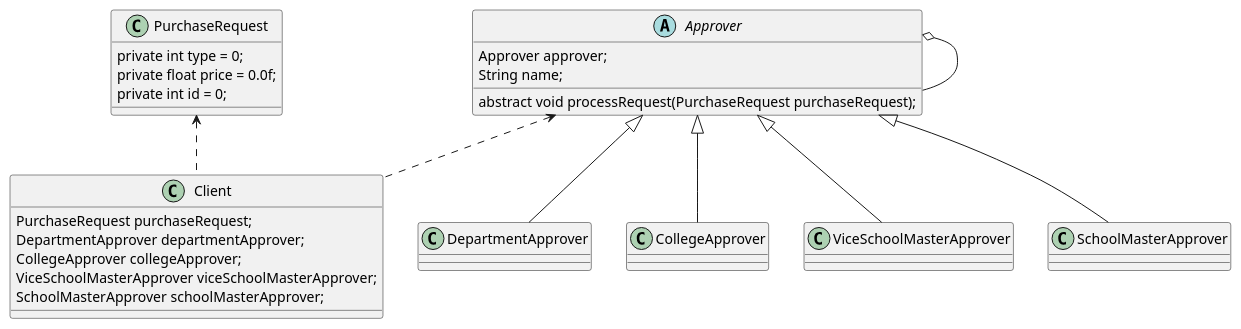
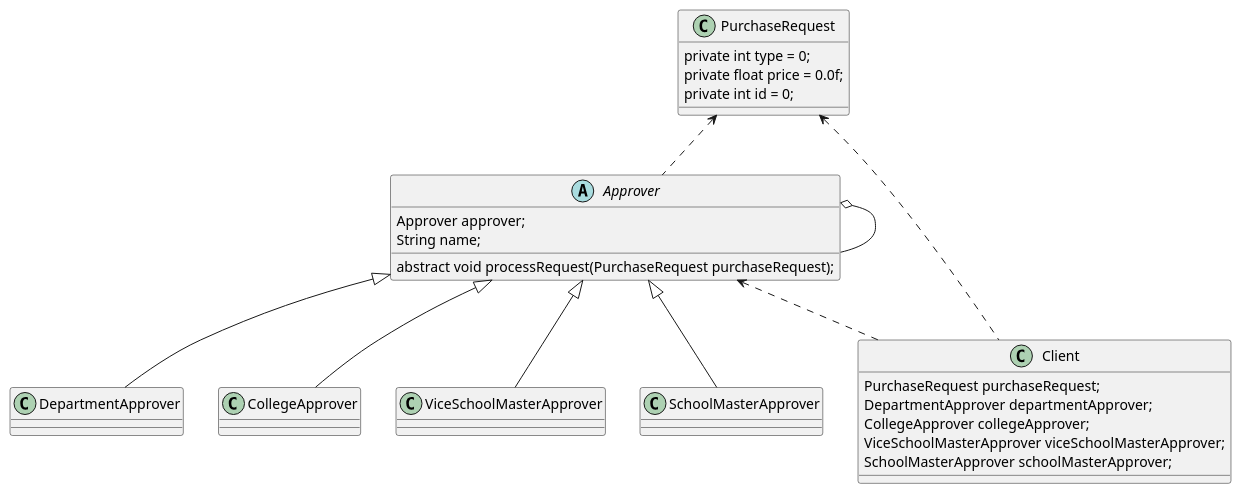
Before and after one commit to GitHub-yuteng/LearningNotes: the diagram in src/main/java/DesignPatterns/BehavioralType/ChainOfResponsibility/ChainOfResponsibility.puml, drawn with PlantUML. The commit also changed 40 other files, not shown here.

```diff
--- a/src/main/java/DesignPatterns/BehavioralType/ChainOfResponsibility/ChainOfResponsibility.puml
+++ b/src/main/java/DesignPatterns/BehavioralType/ChainOfResponsibility/ChainOfResponsibility.puml
@@ -1,46 +1,48 @@
 @startuml
 
 class PurchaseRequest {
 private int type = 0;
 private float price = 0.0f;
 private int id = 0;
 }
 
 abstract class Approver {
 Approver approver;
 String name;
 abstract void processRequest(PurchaseRequest purchaseRequest);
 }
 
 class DepartmentApprover extends Approver {
 }
 
 class CollegeApprover extends Approver {
 }
 
 class ViceSchoolMasterApprover extends Approver {
 }
 
 class SchoolMasterApprover extends Approver {
 }
 
 class Client {
 PurchaseRequest purchaseRequest;
 DepartmentApprover departmentApprover;
 CollegeApprover collegeApprover;
 ViceSchoolMasterApprover viceSchoolMasterApprover;
 SchoolMasterApprover schoolMasterApprover;
 }
 
 
 Approver o-- Approver
 
 PurchaseRequest <.. Client
 Approver <.. Client
 
+PurchaseRequest <.. Approver
+
 
 
 
 
 
 @enduml
```
